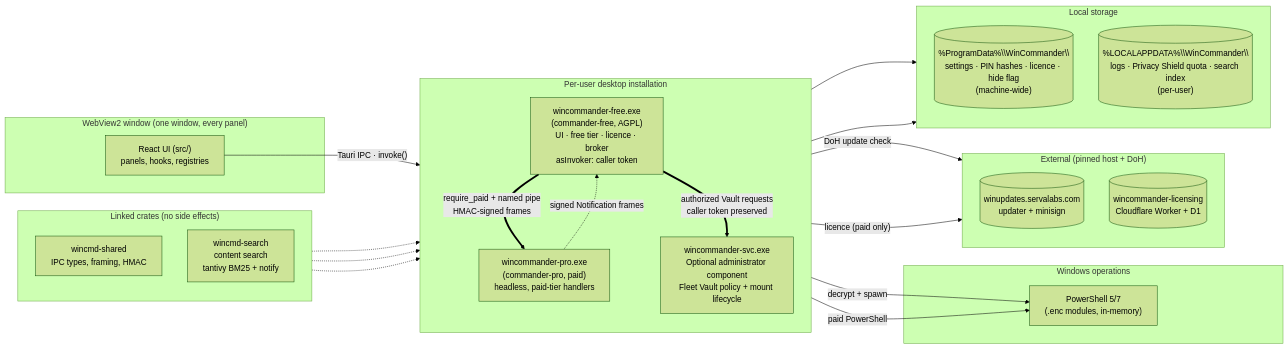
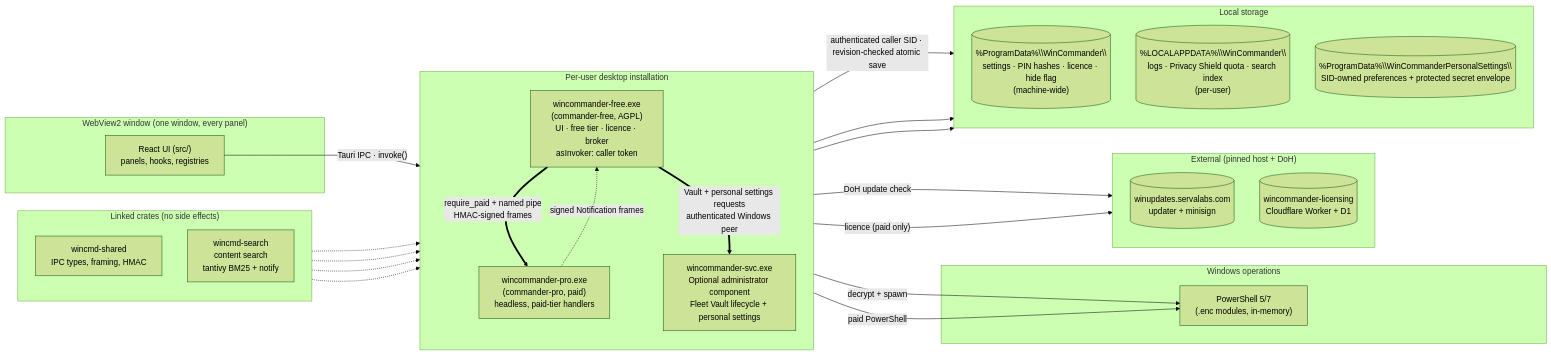
Before and after one commit to servalabs/wincommander: the first of 3 diagrams in ARCHITECTURE.md, drawn with Mermaid (forest theme). The commit also changed other lines of this file and 40 other files, not shown here.

Commit message:
fix(settings): preserve personal preferences across password resets

````diff
--- a/ARCHITECTURE.md
+++ b/ARCHITECTURE.md
@@ -11,49 +11,52 @@
 ```mermaid
 flowchart LR
   subgraph window["WebView2 window (one window, every panel)"]
     UI["React UI (src/)<br/>panels, hooks, registries"]
   end
 
   subgraph binaries["Per-user desktop installation"]
     direction TB
     FREE["wincommander-free.exe<br/>(commander-free, AGPL)<br/>UI · free tier · licence · broker<br/>asInvoker: caller token"]
     PRO["wincommander-pro.exe<br/>(commander-pro, paid)<br/>headless, paid-tier handlers"]
-    SVC["wincommander-svc.exe<br/>Optional administrator component<br/>Fleet Vault policy + mount lifecycle"]
+    SVC["wincommander-svc.exe<br/>Optional administrator component<br/>Fleet Vault lifecycle + personal settings"]
   end
 
   subgraph crates["Linked crates (no side effects)"]
     direction TB
     SHARED["wincmd-shared<br/>IPC types, framing, HMAC"]
     SEARCH["wincmd-search<br/>content search<br/>tantivy BM25 + notify"]
   end
 
   subgraph ops["Windows operations"]
     PS["PowerShell 5/7<br/>(.enc modules, in-memory)"]
   end
 
   subgraph endpoints["External (pinned host + DoH)"]
     direction TB
     UPD[("winupdates.servalabs.com<br/>updater + minisign")]
     LIC[("wincommander-licensing<br/>Cloudflare Worker + D1")]
   end
 
   subgraph storage["Local storage"]
     direction TB
     STORE[("%ProgramData%\\WinCommander\\<br/>settings · PIN hashes · licence · hide flag<br/>(machine-wide)")]
     USTORE[("%LOCALAPPDATA%\\WinCommander\\<br/>logs · Privacy Shield quota · search index<br/>(per-user)")]
+    PSTORE[("%ProgramData%\\WinCommanderPersonalSettings\\<br/>SID-owned preferences + protected secret envelope")]
   end
 
   UI -- "Tauri IPC · invoke()" --> FREE
   FREE -- "decrypt + spawn" --> PS
   FREE == "require_paid + named pipe<br/>HMAC-signed frames" ==> PRO
-  FREE == "authorized Vault requests<br/>caller token preserved" ==> SVC
+  FREE == "Vault + personal settings requests<br/>authenticated Windows peer" ==> SVC
+  SVC -- "authenticated caller SID · revision-checked atomic save" --> PSTORE
   PRO -- "paid PowerShell" --> PS
   PRO -. "signed Notification frames" .-> FREE
   FREE -- "DoH update check" --> UPD
   FREE -- "licence (paid only)" --> LIC
   FREE --> STORE
   FREE --> USTORE
   SHARED -.-> FREE
   SHARED -.-> PRO
+  SHARED -.-> SVC
   SEARCH -.-> FREE
 ```
````
